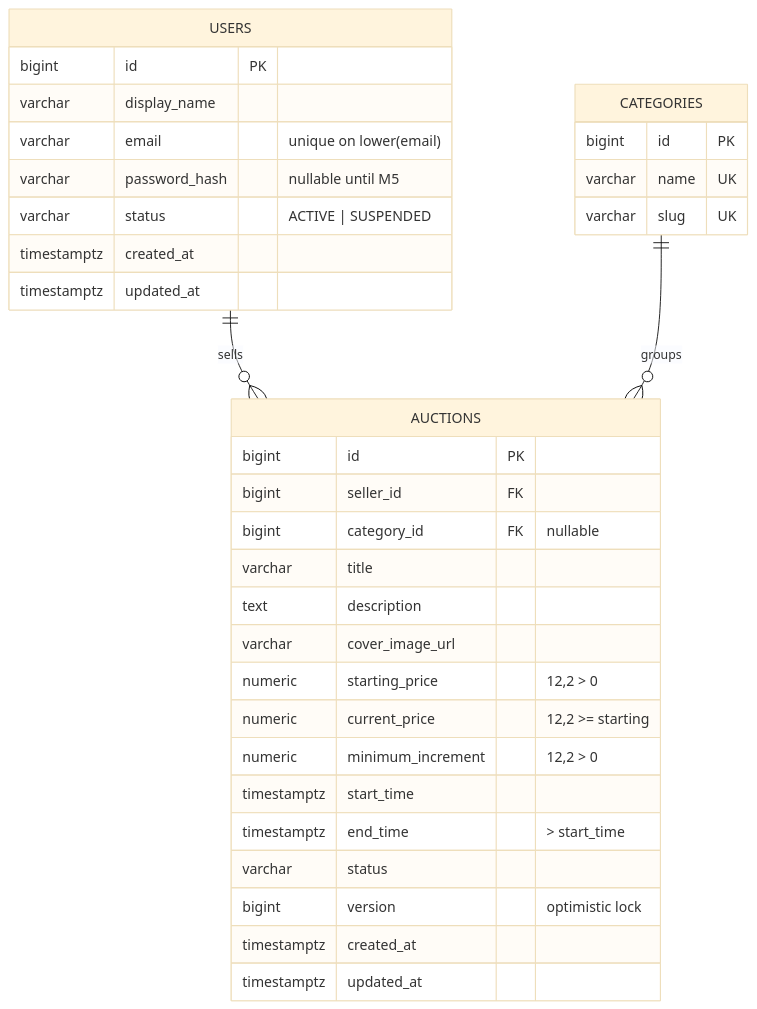
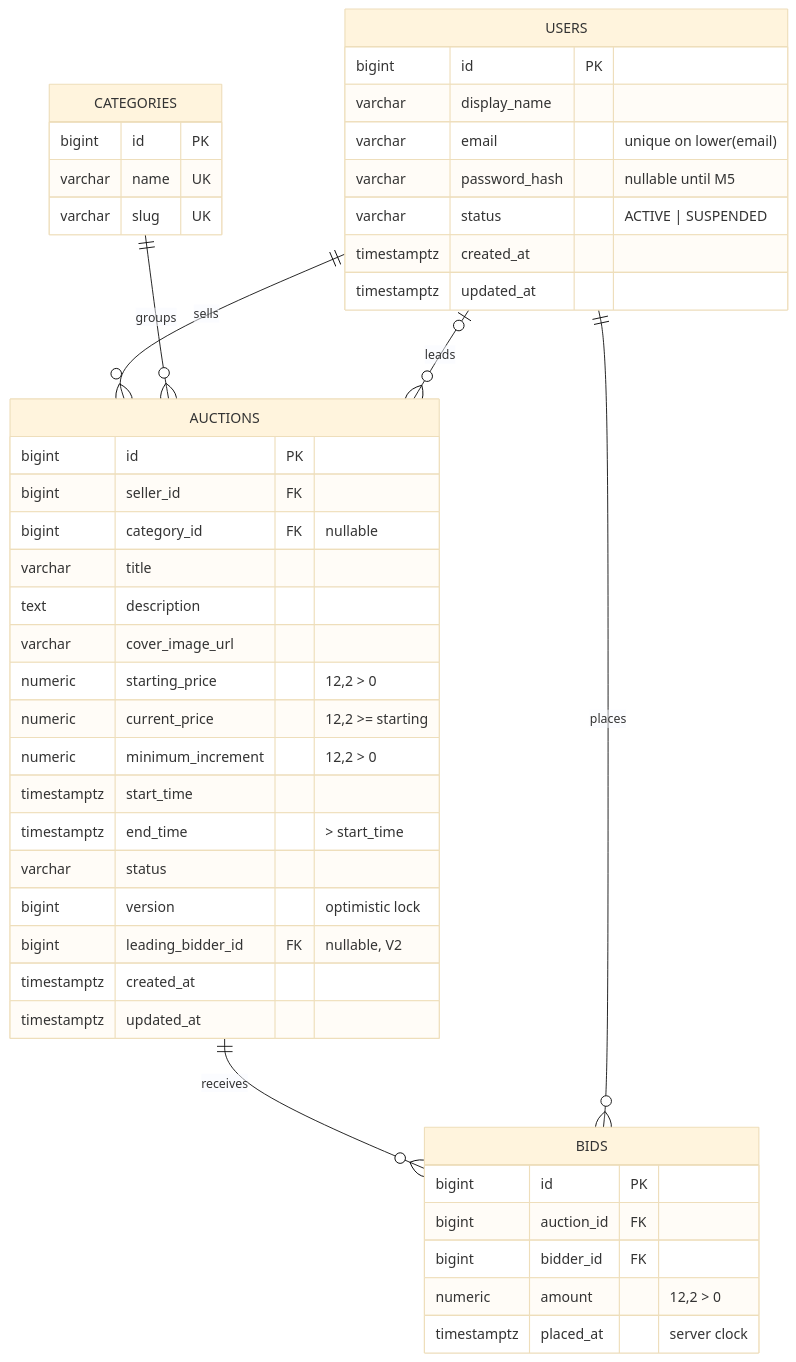
Before and after one commit to Samijain/biddly: the diagram in docs/database-design.md, drawn with Mermaid (base theme). The commit also changed other lines of this file and 35 other files, not shown here.

````diff
--- a/docs/database-design.md
+++ b/docs/database-design.md
@@ -7,37 +7,48 @@
 ```mermaid
 erDiagram
     USERS ||--o{ AUCTIONS : sells
     CATEGORIES ||--o{ AUCTIONS : groups
+    AUCTIONS ||--o{ BIDS : receives
+    USERS ||--o{ BIDS : places
+    USERS |o--o{ AUCTIONS : leads
 
     USERS {
         bigint id PK
         varchar display_name
         varchar email "unique on lower(email)"
         varchar password_hash "nullable until M5"
         varchar status "ACTIVE | SUSPENDED"
         timestamptz created_at
         timestamptz updated_at
     }
     CATEGORIES {
         bigint id PK
         varchar name UK
         varchar slug UK
     }
     AUCTIONS {
         bigint id PK
         bigint seller_id FK
         bigint category_id FK "nullable"
         varchar title
         text description
         varchar cover_image_url
         numeric starting_price "12,2 > 0"
         numeric current_price "12,2 >= starting"
         numeric minimum_increment "12,2 > 0"
         timestamptz start_time
         timestamptz end_time "> start_time"
         varchar status
         bigint version "optimistic lock"
+        bigint leading_bidder_id FK "nullable, V2"
         timestamptz created_at
         timestamptz updated_at
     }
+    BIDS {
+        bigint id PK
+        bigint auction_id FK
+        bigint bidder_id FK
+        numeric amount "12,2 > 0"
+        timestamptz placed_at "server clock"
+    }
 ```
````
